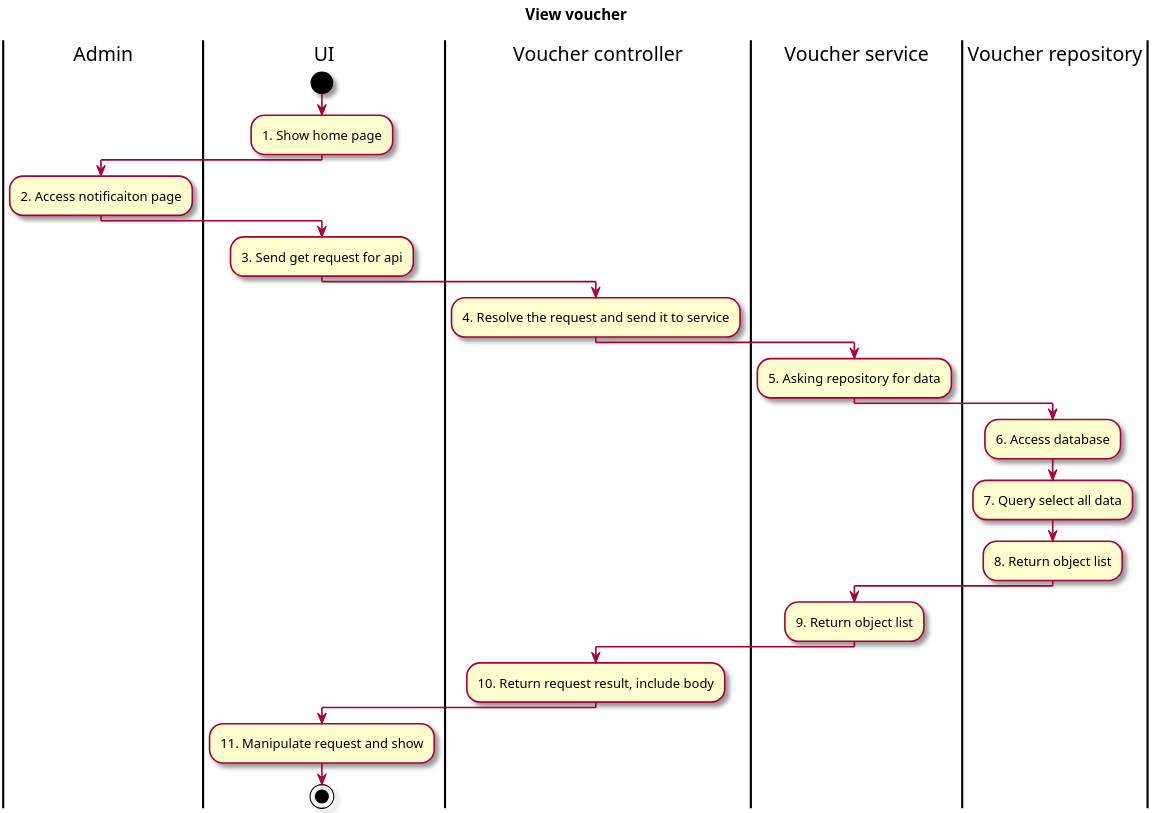
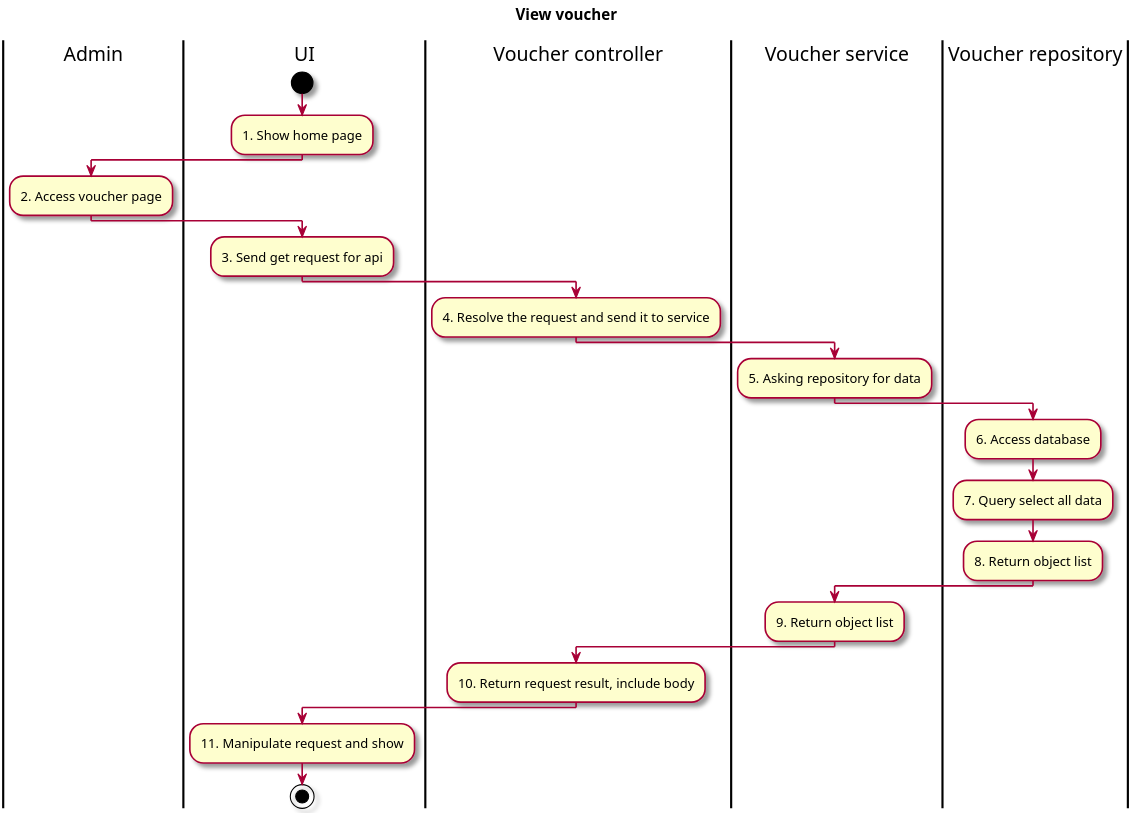
The diagram in Activity/6. Manage Voucher/6.5 View voucher list.puml (Marowota/ecommerce-plantuml), drawn with PlantUML before and after one commit. The commit also changed 24 other files, not shown here.

```diff
--- a/Activity/6. Manage Voucher/6.5 View voucher list.puml
+++ b/Activity/6. Manage Voucher/6.5 View voucher list.puml
@@ -1,35 +1,35 @@
 @startuml ActView voucher list
 skin rose
 !pragma useVerticalIf on
 scale 3
 
 title "View voucher"
 
 |Admin|
 |UI|
 start
     :1. Show home page;
     |Admin|
-    :2. Access notificaiton page;
+    :2. Access voucher page;
     |UI|
     :3. Send get request for api;
     |Voucher controller|
     :4. Resolve the request and send it to service;
     |Voucher service|
     :5. Asking repository for data;
     |Voucher repository|
     :6. Access database;
     :7. Query select all data;
     :8. Return object list;
     |Voucher service|
     :9. Return object list;
     |Voucher controller|
     :10. Return request result, include body;
     |UI|
     :11. Manipulate request and show;
 stop
 
 
 
 
 @enduml
```
